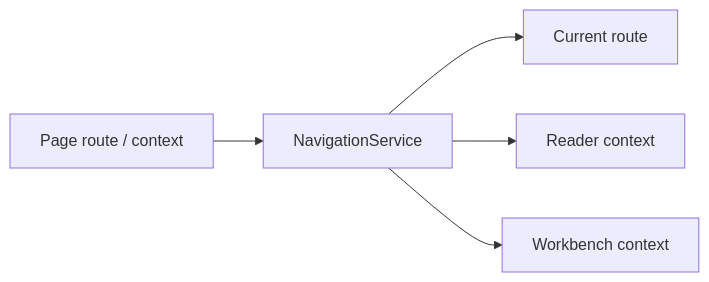
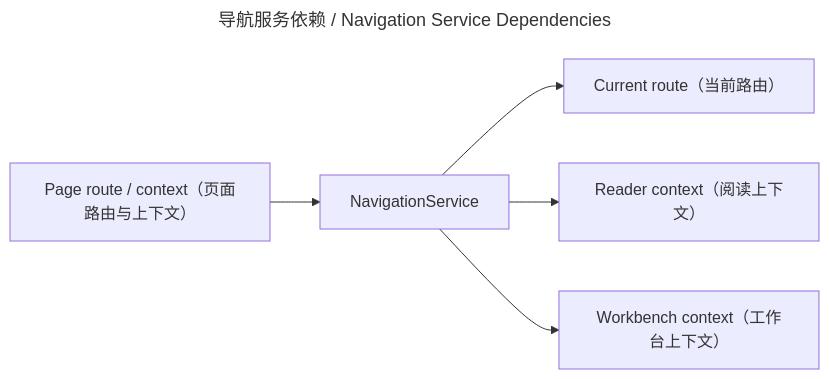
Before and after one commit to peakwheat-pixel/New-Manga: the diagram in wiki/codewiki/navigation.md, drawn with Mermaid. The commit also changed 16 other files, not shown here.

Commit message:
docs: apply bilingual diagram policy to CodeWiki diagrams

````diff
--- a/wiki/codewiki/navigation.md
+++ b/wiki/codewiki/navigation.md
@@ -35,7 +35,10 @@
 ```mermaid
+---
+title: 导航服务依赖 / Navigation Service Dependencies
+---
 flowchart LR
-    INPUT["Page route / context"] --> SERVICE["NavigationService"]
-    SERVICE --> ROUTE["Current route"]
-    SERVICE --> READER["Reader context"]
-    SERVICE --> WORKBENCH["Workbench context"]
+    INPUT["Page route / context（页面路由与上下文）"] --> SERVICE["NavigationService"]
+    SERVICE --> ROUTE["Current route（当前路由）"]
+    SERVICE --> READER["Reader context（阅读上下文）"]
+    SERVICE --> WORKBENCH["Workbench context（工作台上下文）"]
 ```
````
